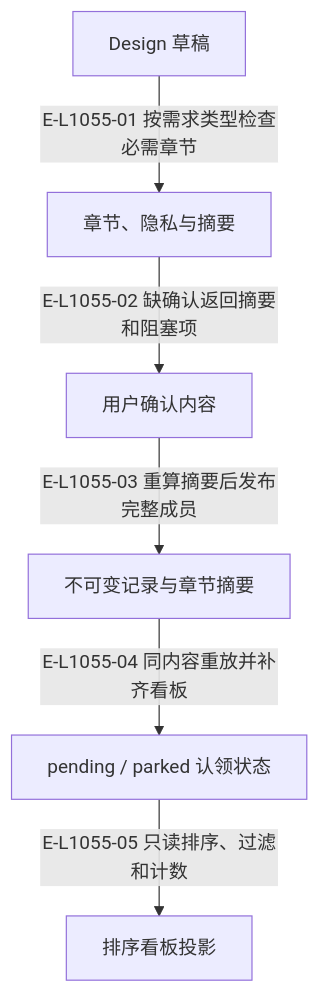
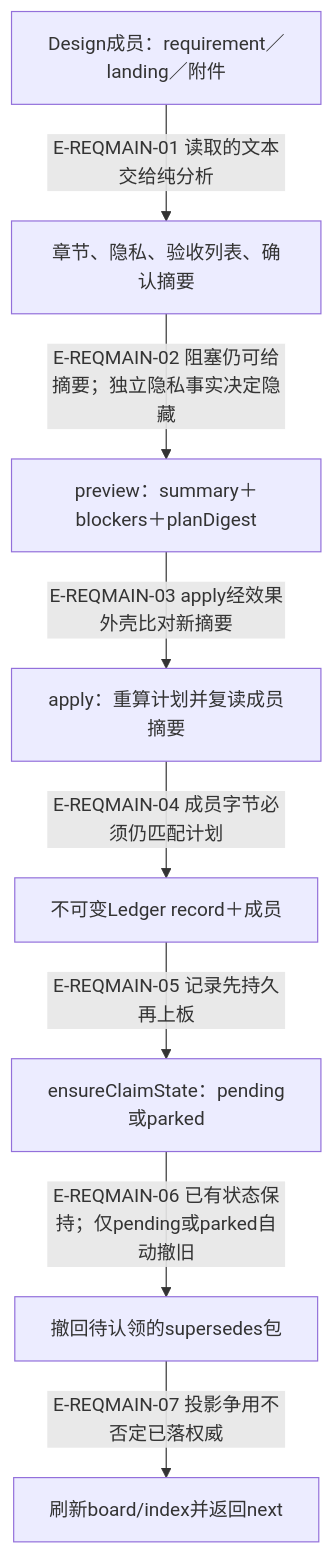
The diagram in wakeflow-architecture-atlas/maps/13-requirement/README.md (GxFn/Wakeflow), drawn with Mermaid before and after one commit. The commit also changed other lines of this file and 76 other files, not shown here.

First line of the commit message:
docs(atlas): refresh architecture maps for the rc.5 codebase

````diff
--- a/wakeflow-architecture-atlas/maps/13-requirement/README.md
+++ b/wakeflow-architecture-atlas/maps/13-requirement/README.md
@@ -72,16 +47,20 @@
 ```mermaid
 flowchart TB
-  accTitle: 需求内容、确认与认领的不同事实
-  accDescr: 需求内容、确认与认领的不同事实；箭头区分当前代码步骤、返回事实与明确的条件。
-  draft["Design 草稿"]
-  preview["章节、隐私与摘要"]
-  confirm["用户确认内容"]
-  record["不可变记录与章节摘要"]
-  board["pending / parked 认领状态"]
-  view["排序看板投影"]
-  draft -->|"E-L1055-01 按需求类型检查必需章节"| preview
-  preview -->|"E-L1055-02 缺确认返回摘要和阻塞项"| confirm
-  confirm -->|"E-L1055-03 重算摘要后发布完整成员"| record
-  record -->|"E-L1055-04 同内容重放并补齐看板"| board
-  board -->|"E-L1055-05 只读排序、过滤和计数"| view
+  accTitle: 发布纵切：可确认内容到不可变交接物
+  accDescr: preview读当前Design成员并分析，apply重算相同计划后先发布Ledger，再补看板并处理被替代包，最后重建人读索引。
+  a["Design成员：requirement／landing／附件"]
+  b["章节、隐私、验收列表、确认摘要"]
+  c["preview：summary＋blockers＋planDigest"]
+  d["apply：重算计划并复读成员摘要"]
+  e["不可变Ledger record＋成员"]
+  f["ensureClaimState：pending或parked"]
+  g["撤回待认领的supersedes包"]
+  h["刷新board/index并返回next"]
+  a -->|"E-REQMAIN-01 读取的文本交给纯分析"| b
+  b -->|"E-REQMAIN-02 阻塞仍可给摘要；独立隐私事实决定隐藏"| c
+  c -->|"E-REQMAIN-03 apply经效果外壳比对新摘要"| d
+  d -->|"E-REQMAIN-04 成员字节必须仍匹配计划"| e
+  e -->|"E-REQMAIN-05 记录先持久再上板"| f
+  f -->|"E-REQMAIN-06 已有状态保持；仅pending或parked自动撤旧"| g
+  g -->|"E-REQMAIN-07 投影争用不否定已落权威"| h
 ```
````
